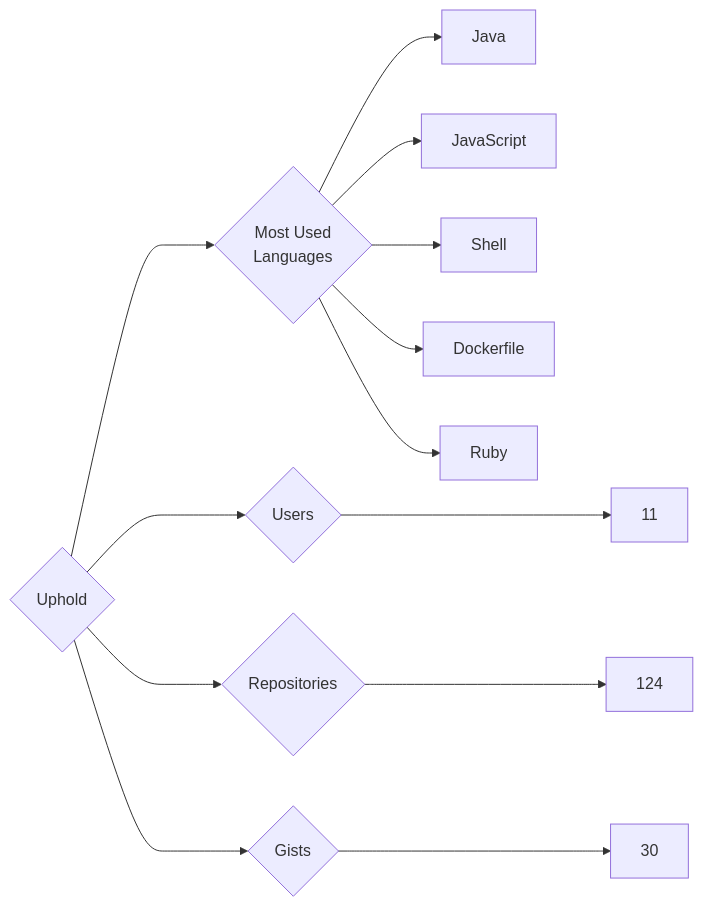
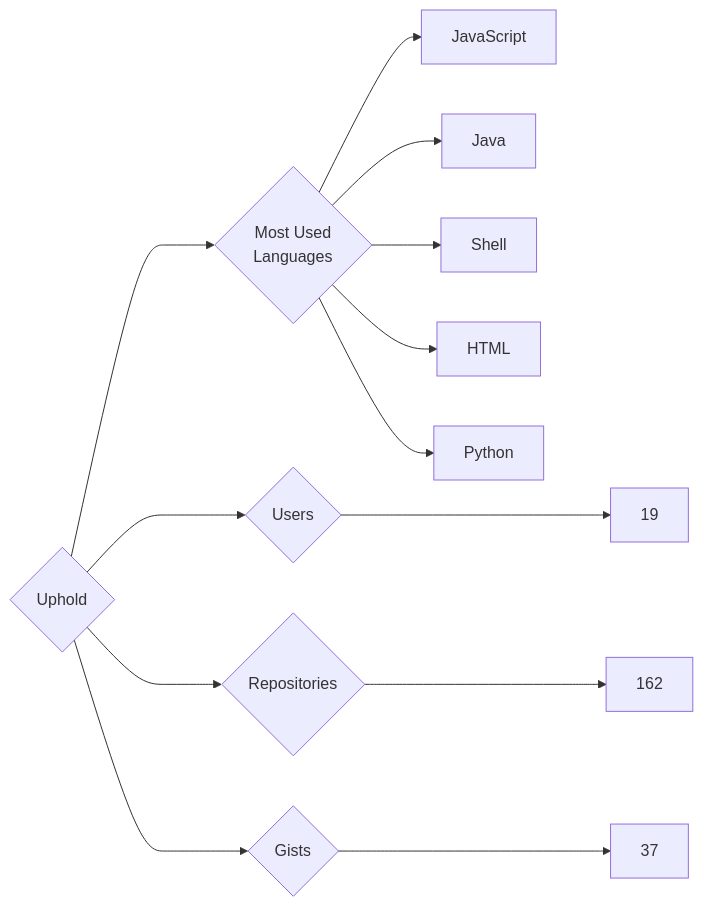
Before and after one commit to trickest/insiders: the diagram in targets/Uphold/README.md, drawn with Mermaid. The commit also changed 1696 other files, not shown here.

````diff
--- a/targets/Uphold/README.md
+++ b/targets/Uphold/README.md
@@ -3,13 +3,13 @@
 ```mermaid
 graph LR
 COMPANY_NAME{Uphold}
-COMPANY_NAME ---> U{Users} ---> UN[11]
-COMPANY_NAME ---> R{Repositories} ---> RN[124]
-COMPANY_NAME ---> G{Gists} ---> GN[30]
+COMPANY_NAME ---> U{Users} ---> UN[19]
+COMPANY_NAME ---> R{Repositories} ---> RN[162]
+COMPANY_NAME ---> G{Gists} ---> GN[37]
 COMPANY_NAME ---> ML{Most Used<br>Languages}
+ML --> JavaScript[JavaScript]
 ML --> Java[Java]
-ML --> JavaScript[JavaScript]
 ML --> Shell[Shell]
-ML --> Dockerfile[Dockerfile]
-ML --> Ruby[Ruby]
+ML --> HTML[HTML]
+ML --> Python[Python]
 ```
````
